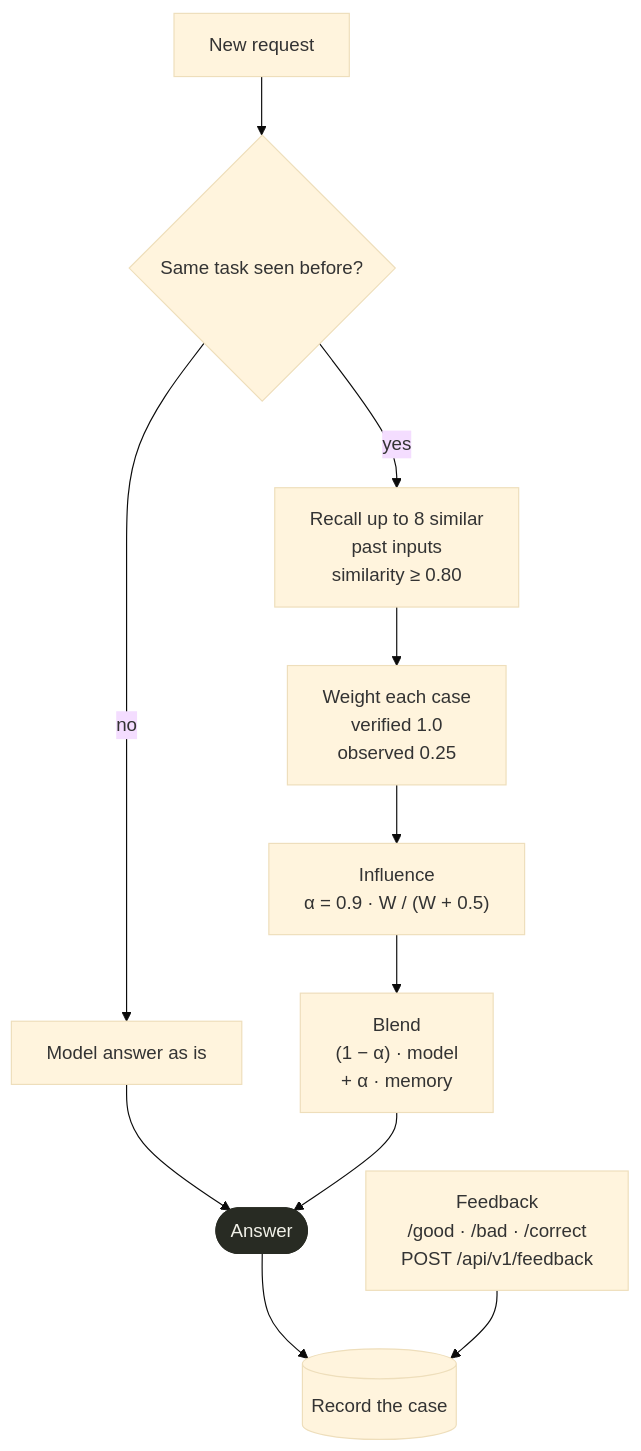
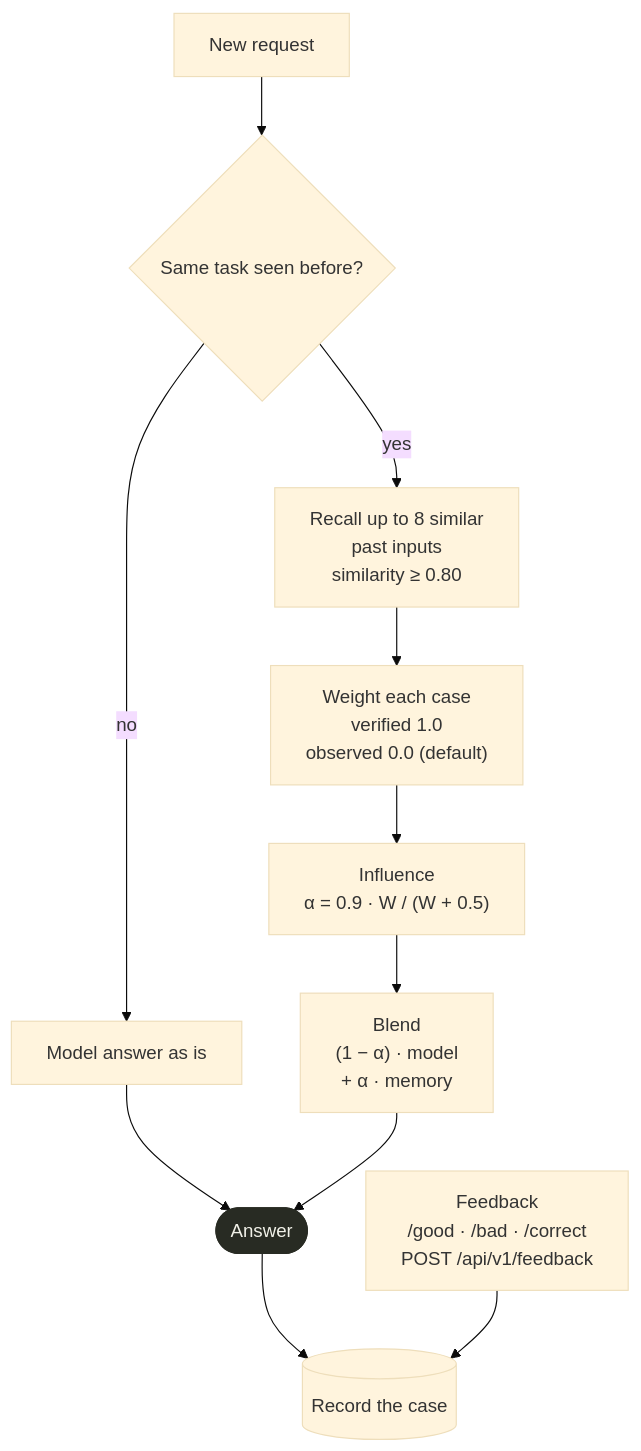
One commit to amzu-dev/noulo changed the diagram in docs/learning.md. Above: the diagram before and after it, drawn with Mermaid (base theme). The commit also changed other lines of this file and 21 other files, not shown here.

````diff
--- a/docs/learning.md
+++ b/docs/learning.md
@@ -36,19 +38,19 @@
 ```mermaid
 flowchart TB
   accTitle: How learning changes an answer
-  accDescr: Similar past cases for the same task are recalled, weighted by similarity and whether they were verified, and blended into the model's answer with a capped influence; every case is recorded and feedback marks it as verified.
+  accDescr: Similar past cases for the same task are recalled; only verified outcomes have nonzero weight by default and can change the answer. Every case is recorded and feedback marks it as verified.
 
   Q["New request"] --> T{"Same task seen before?"}
   T -- no --> A["Model answer as is"]
   T -- yes --> R["Recall up to 8 similar<br/>past inputs<br/>similarity ≥ 0.80"]
-  R --> W["Weight each case<br/>verified 1.0<br/>observed 0.25"]
+  R --> W["Weight each case<br/>verified 1.0<br/>observed 0.0 (default)"]
   W --> I["Influence<br/>α = 0.9 · W / (W + 0.5)"]
   I --> B["Blend<br/>(1 − α) · model<br/>+ α · memory"]
   A --> ANS(["Answer"])
   B --> ANS
   ANS --> REC[("Record the case")]
   FB["Feedback<br/>/good · /bad · /correct<br/>POST /api/v1/feedback"] --> REC
 
   classDef core fill:#282b23,stroke:#282b23,color:#f1f1e8
   class ANS core
 ```
````
